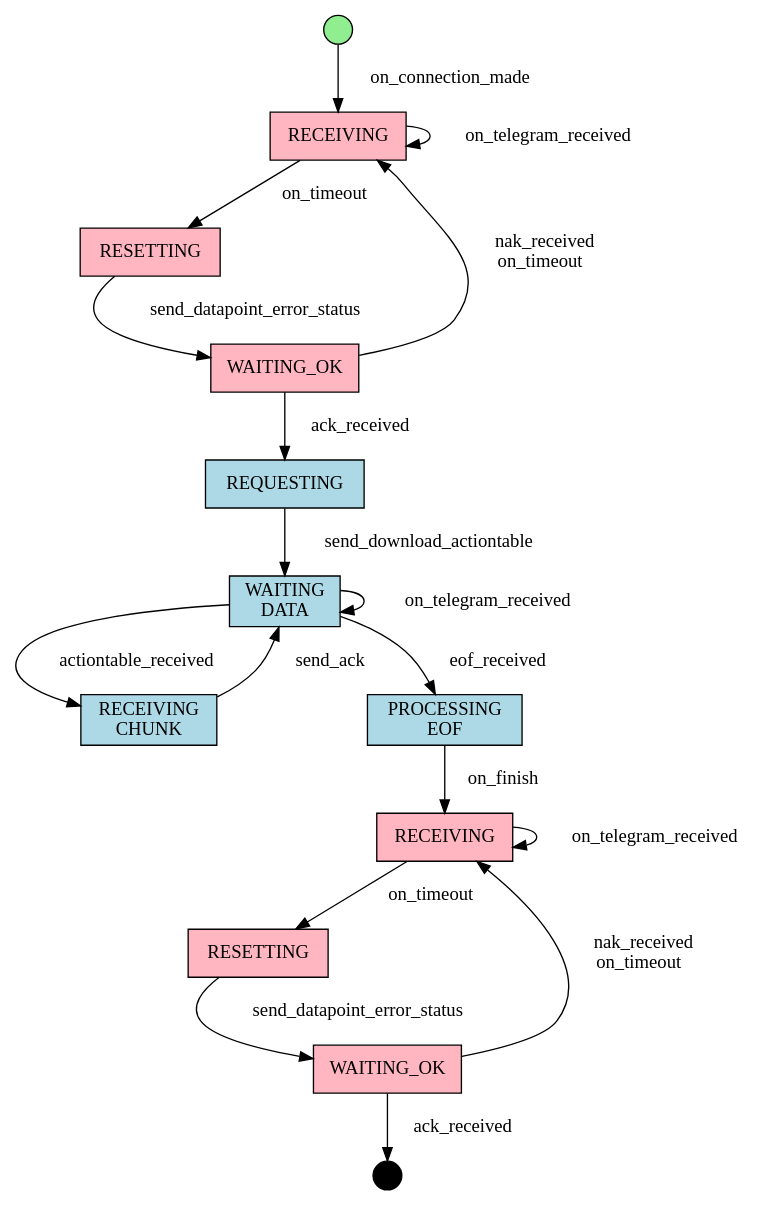
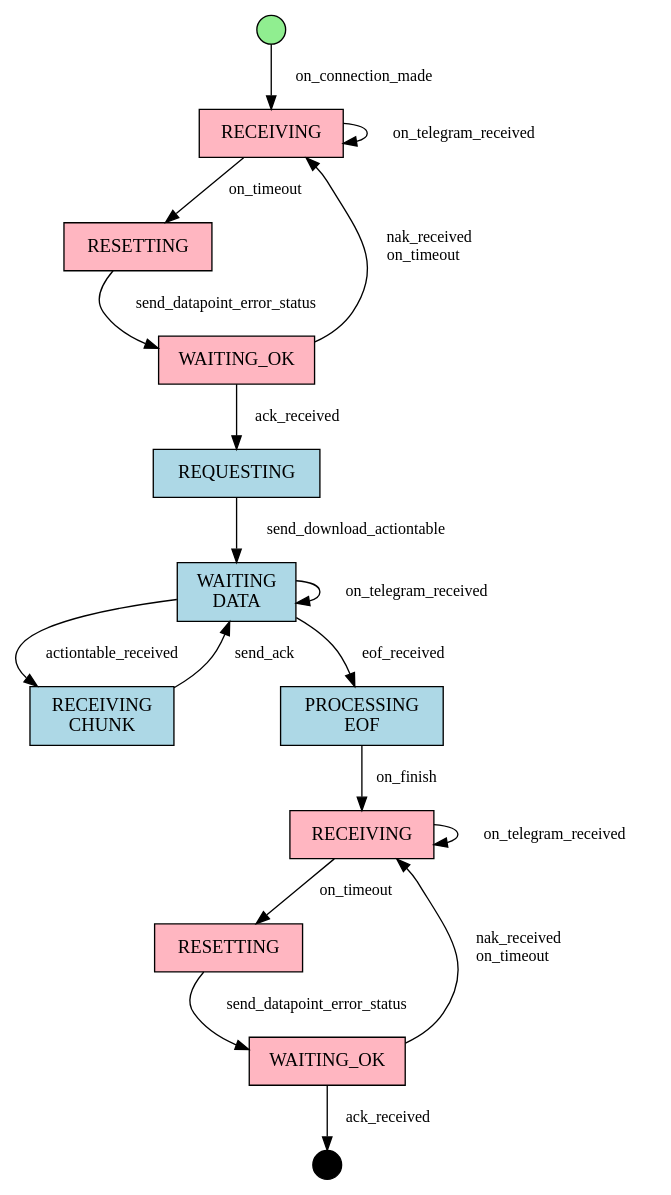
One commit to lduchosal/xp changed the diagram in doc/actiontable/Download-ActionTable-Workflow.dot. Above: the diagram before and after it, drawn with Graphviz. The commit also changed 1 other file, not shown here.

Commit message:
doc: actiontable / workflow

```diff
--- a/doc/actiontable/Download-ActionTable-Workflow.dot
+++ b/doc/actiontable/Download-ActionTable-Workflow.dot
@@ -1,61 +1,45 @@
 digraph ActionTableDownloadStateMachine {
     rankdir=TB;
-    node [shape=rectanlge, style=filled, fillcolor=lightblue];
+    node [shape=rectangle, style=filled, fillcolor=lightblue, margin="0.15,0.1"];
+    edge [fontsize=12];
 
     // States
     IDLE [label="IDLE", fillcolor=lightgreen];
-    RECEIVING [label="RECEIVING" fillcolor=lightpink];
-    RESETTING [label="RESETTING" fillcolor=lightpink];
-    WAITING_OK [label="WAITING_OK" fillcolor=lightpink];
+    RECEIVING [label="RECEIVING", fillcolor=lightpink];
+    RESETTING [label="RESETTING", fillcolor=lightpink];
+    WAITING_OK [label="WAITING_OK", fillcolor=lightpink];
     REQUESTING [label="REQUESTING"];
     WAITING_DATA [label="WAITING\nDATA"];
     RECEIVING_CHUNK [label="RECEIVING\nCHUNK"];
     PROCESSING_EOF [label="PROCESSING\nEOF"];
 
-    RECEIVING2 [label="RECEIVING" fillcolor=lightpink];
-    RESETTING2 [label="RESETTING" fillcolor=lightpink];
-    WAITING_OK2 [label="WAITING_OK" fillcolor=lightpink];
+    RECEIVING2 [label="RECEIVING", fillcolor=lightpink];
+    RESETTING2 [label="RESETTING", fillcolor=lightpink];
+    WAITING_OK2 [label="WAITING_OK", fillcolor=lightpink];
 
     COMPLETED [label="COMPLETED", fillcolor=black];
 
     // Initial state
     IDLE [shape=point, width=0.3];
     COMPLETED [shape=point, width=0.3];
 
     // State transitions with events
-    IDLE -> RECEIVING [label="   on_connection_made"];
-
-    RECEIVING -> RESETTING [label="   on_timeout   "];
-
-    RECEIVING -> RECEIVING [label="   on_telegram_received"];
-
-    RESETTING -> WAITING_OK [label="   send_datapoint_error_status           "];
-
-    WAITING_OK -> RECEIVING [label="   nak_received\non_timeout"];
-
-    WAITING_OK -> REQUESTING [label="   ack_received"];
-
-    REQUESTING -> WAITING_DATA [label="   send_download_actiontable"];
-
-    WAITING_DATA -> RECEIVING_CHUNK [label="   actiontable_received   "];
-
-    RECEIVING_CHUNK -> WAITING_DATA [label="   send_ack    "];
-
-    WAITING_DATA -> PROCESSING_EOF [label="   eof_received   "];
-
-    WAITING_DATA -> WAITING_DATA [label="    on_telegram_received"];
-
-    PROCESSING_EOF -> RECEIVING2 [label="   on_finish   "];
-
-
-    RECEIVING2 -> RECEIVING2 [label="   on_telegram_received"];
-
-    RECEIVING2 -> RESETTING2 [label="   on_timeout"];
-
-    RESETTING2 -> WAITING_OK2 [label="   send_datapoint_error_status           "];
-
-    WAITING_OK2 -> RECEIVING2 [label="   nak_received\non_timeout"];
-
-    WAITING_OK2 -> COMPLETED [label="   ack_received"];
+    IDLE -> RECEIVING [label="  on_connection_made  "];
+    RECEIVING -> RESETTING [label="  on_timeout  "];
+    RECEIVING -> RECEIVING [label="  on_telegram_received  "];
+    RESETTING -> WAITING_OK [label="  send_datapoint_error_status  "];
+    WAITING_OK -> RECEIVING [label="  nak_received\non_timeout  "];
+    WAITING_OK -> REQUESTING [label="  ack_received  "];
+    REQUESTING -> WAITING_DATA [label="  send_download_actiontable  "];
+    WAITING_DATA -> RECEIVING_CHUNK [label="  actiontable_received  "];
+    RECEIVING_CHUNK -> WAITING_DATA [label="  send_ack  "];
+    WAITING_DATA -> PROCESSING_EOF [label="  eof_received  "];
+    WAITING_DATA -> WAITING_DATA [label="  on_telegram_received  "];
+    PROCESSING_EOF -> RECEIVING2 [label="  on_finish  "];
+    RECEIVING2 -> RECEIVING2 [label="  on_telegram_received  "];
+    RECEIVING2 -> RESETTING2 [label="  on_timeout  "];
+    RESETTING2 -> WAITING_OK2 [label="  send_datapoint_error_status  "];
+    WAITING_OK2 -> RECEIVING2 [label="  nak_received\non_timeout  "];
+    WAITING_OK2 -> COMPLETED [label="  ack_received  "];
 
 }
```
